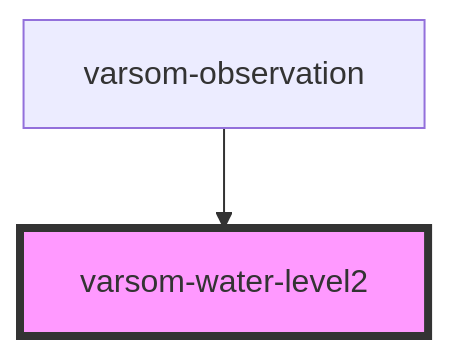
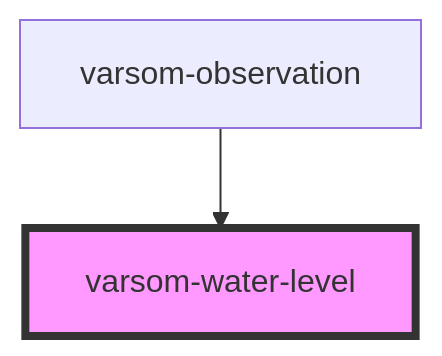
The diagram in observasjonskort/src/components/varsom-water-level/readme.md (NVE/varsom-observation), drawn with Mermaid before and after one commit. The commit also changed other lines of this file and 27 other files, not shown here.

````diff
--- a/observasjonskort/src/components/varsom-water-level/readme.md
+++ b/observasjonskort/src/components/varsom-water-level/readme.md
@@ -27,5 +28,5 @@
 ```mermaid
 graph TD;
-  varsom-observation --> varsom-water-level2
-  style varsom-water-level2 fill:#f9f,stroke:#333,stroke-width:4px
+  varsom-observation --> varsom-water-level
+  style varsom-water-level fill:#f9f,stroke:#333,stroke-width:4px
 ```
````
